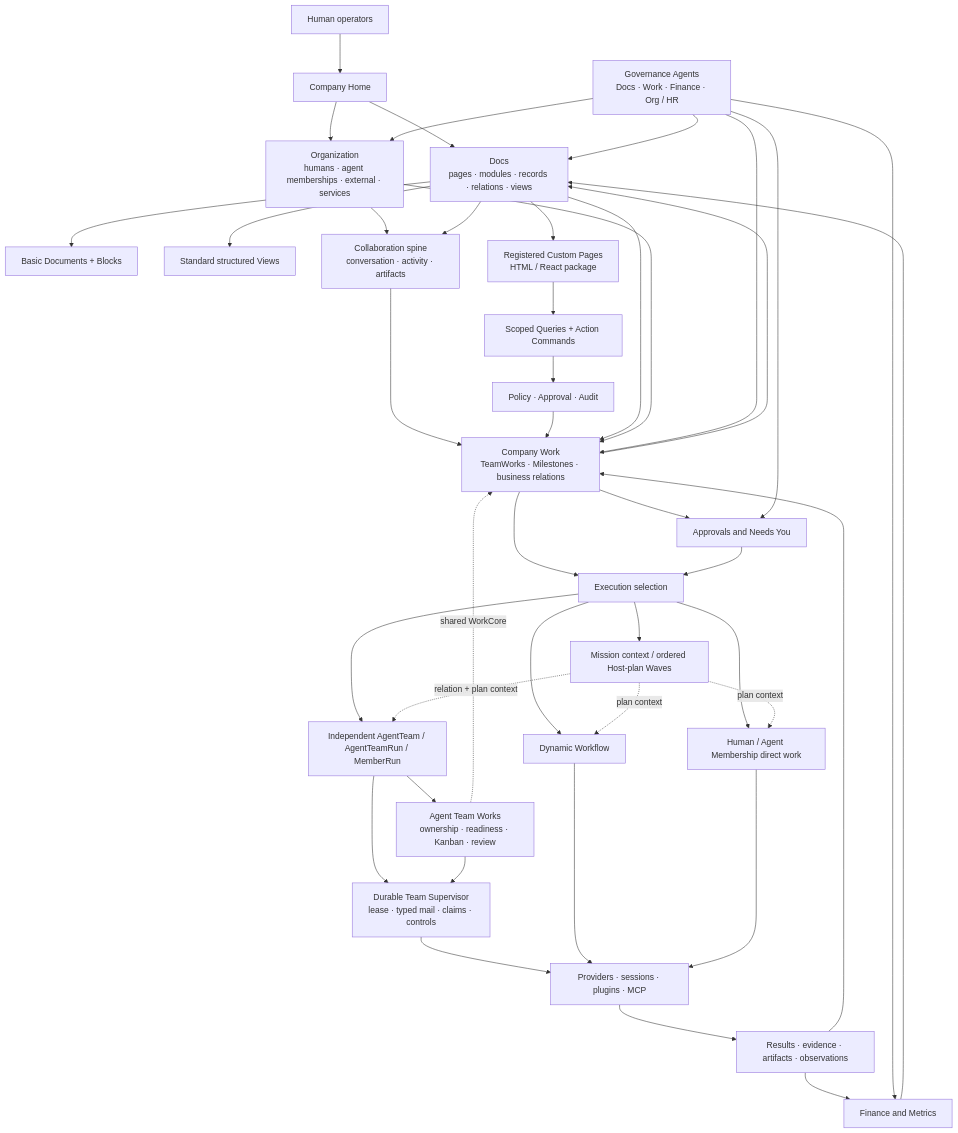
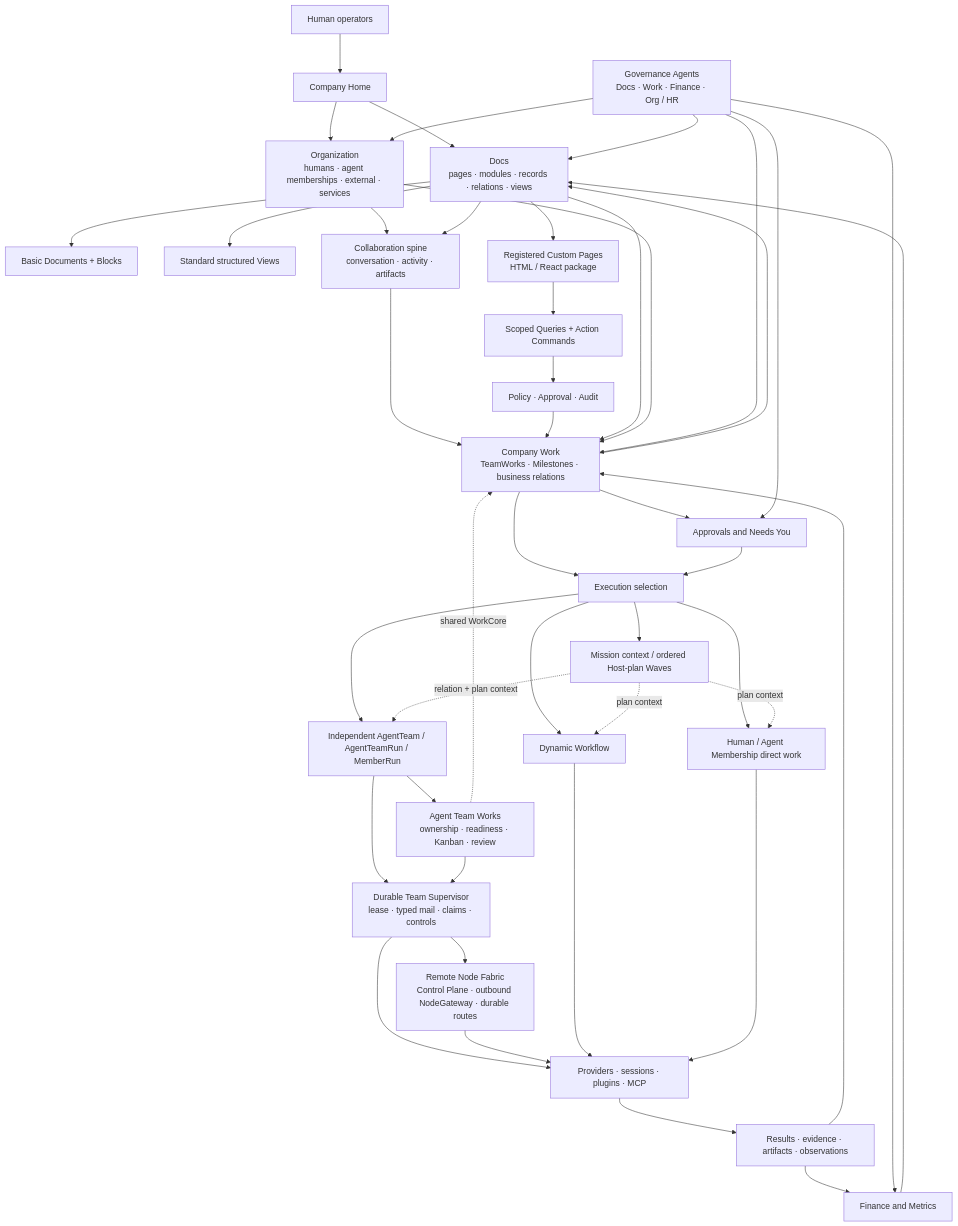
The diagram in docs/current/architecture/architecture-map.md (cyl19970726/multi-agent-harness), drawn with Mermaid before and after one commit. The commit also changed other lines of this file and 18 other files, not shown here.

Commit message:
Freeze remote fabric authority and operator contracts

````diff
--- a/docs/current/architecture/architecture-map.md
+++ b/docs/current/architecture/architecture-map.md
@@ -8,68 +8,71 @@
 ```mermaid
 flowchart TB
   Human["Human operators"]
   Home["Company Home"]
   Docs["Docs\npages · modules · records · relations · views"]
   Blocks["Basic Documents + Blocks"]
   Views["Standard structured Views"]
   Custom["Registered Custom Pages\nHTML / React package"]
   Actions["Scoped Queries + Action Commands"]
   Policy["Policy · Approval · Audit"]
   Org["Organization\nhumans · agent memberships · external · services"]
   Collab["Collaboration spine\nconversation · activity · artifacts"]
   TeamWork["Agent Team Works\nownership · readiness · Kanban · review"]
   Work["Company Work\nTeamWorks · Milestones · business relations"]
   Approval["Approvals and Needs You"]
   Gov["Governance Agents\nDocs · Work · Finance · Org / HR"]
   Finance["Finance and Metrics"]
   Exec["Execution selection"]
   Mission["Mission context / ordered Host-plan Waves"]
   Team["Independent AgentTeam / AgentTeamRun / MemberRun"]
   Supervisor["Durable Team Supervisor\nlease · typed mail · claims · controls"]
   Workflow["Dynamic Workflow"]
   Direct["Human / Agent Membership direct work"]
   Runtime["Providers · sessions · plugins · MCP"]
+  Fabric["Remote Node Fabric\nControl Plane · outbound NodeGateway · durable routes"]
   Result["Results · evidence · artifacts · observations"]
 
   Human --> Home
   Home --> Docs
   Home --> Org
   Org --> Collab
   Docs --> Collab
   Collab --> Work
   Docs --> Blocks
   Docs --> Views
   Docs --> Custom
   Custom --> Actions
   Actions --> Policy
   Policy --> Work
   Docs --> Work
   Org --> Work
   Work --> Approval
   Work --> Exec
   Approval --> Exec
   Exec --> Mission
   Exec --> Team
   Exec --> Workflow
   Exec --> Direct
   Mission -.->|relation + plan context| Team
   Mission -.->|plan context| Workflow
   Mission -.->|plan context| Direct
   Team --> Supervisor
   Team --> TeamWork
   TeamWork --> Supervisor
   TeamWork -.->|shared WorkCore| Work
   Supervisor --> Runtime
+  Supervisor --> Fabric
+  Fabric --> Runtime
   Workflow --> Runtime
   Direct --> Runtime
   Runtime --> Result
   Result --> Work
   Work --> Docs
   Result --> Finance
   Finance --> Docs
   Gov --> Docs
   Gov --> Org
   Gov --> Work
   Gov --> Finance
   Gov --> Approval
 ```
````
